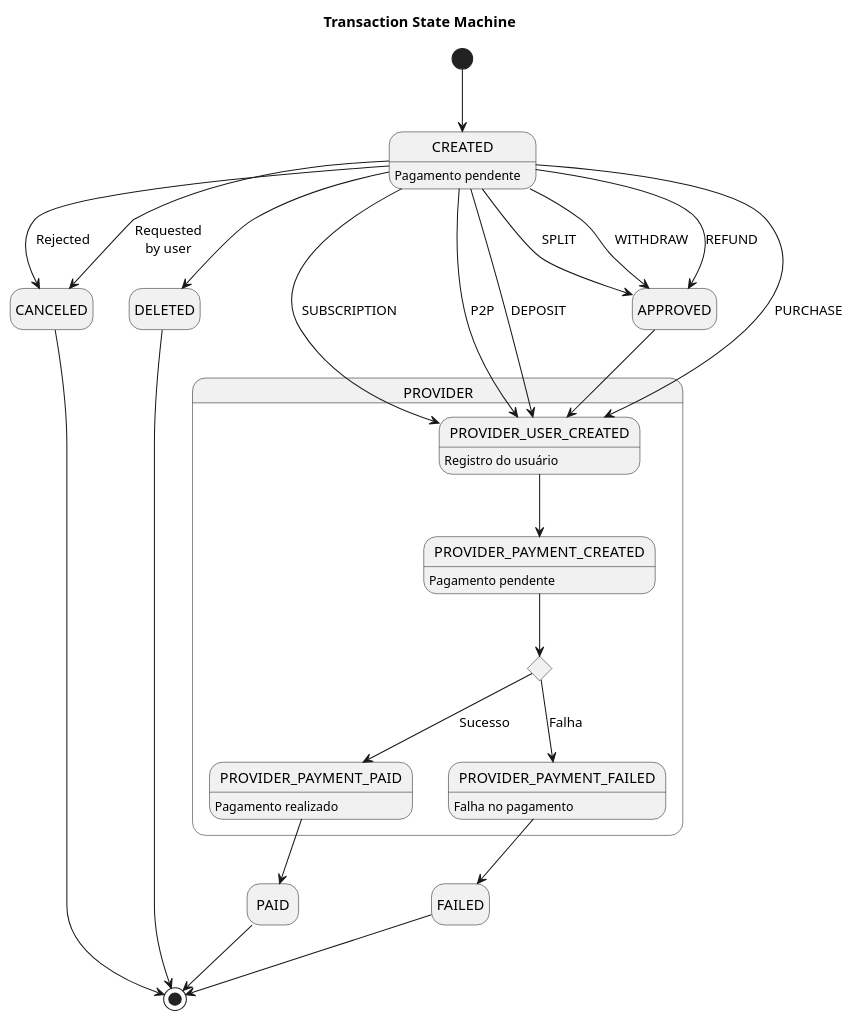
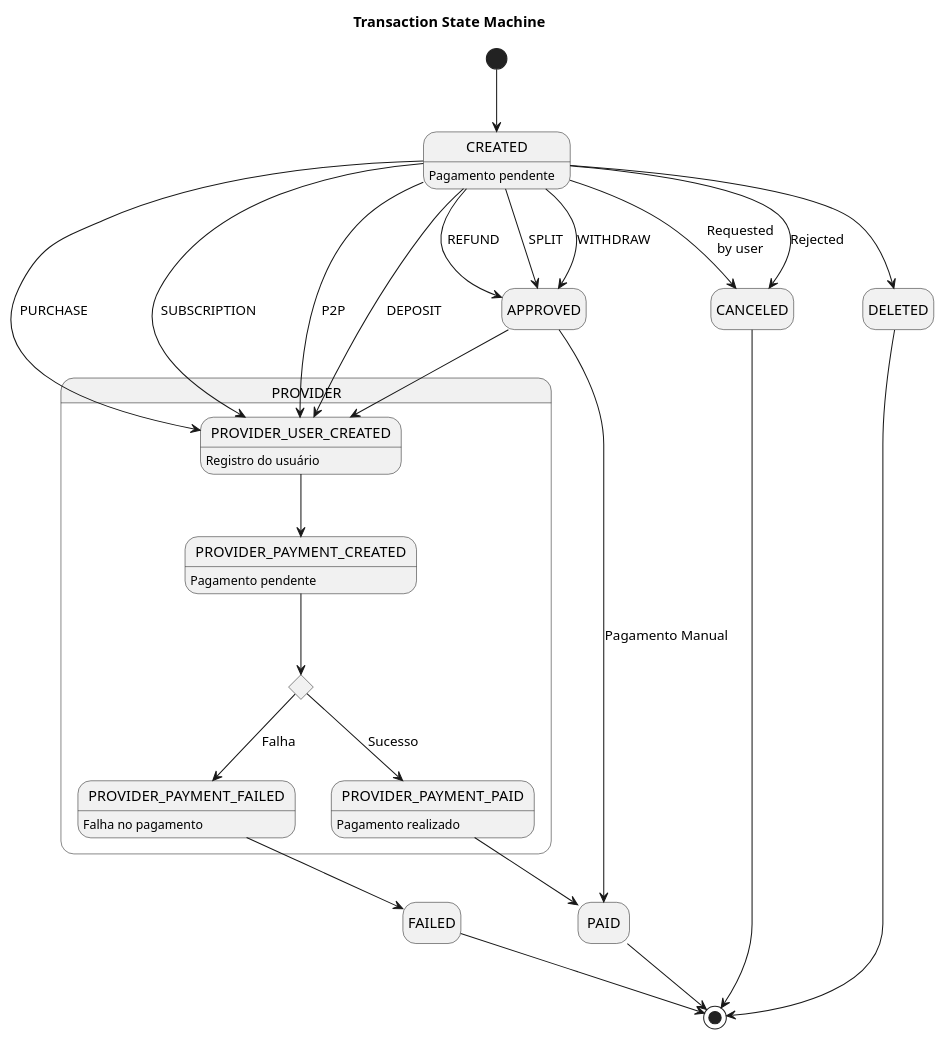
The diagram in src/fsm/docs/transaction.fsm.wsd (holding-fpass/base-sdk), drawn with PlantUML before and after one commit. The commit also changed 4 other files, not shown here.

```diff
--- a/src/fsm/docs/transaction.fsm.wsd
+++ b/src/fsm/docs/transaction.fsm.wsd
@@ -1,36 +1,37 @@
 @startuml Transaction State Machine
 title Transaction State Machine
 hide empty description
 
 [*] --> CREATED
 CREATED: Pagamento pendente
 CREATED --> APPROVED: REFUND
 CREATED --> APPROVED: SPLIT
 CREATED --> APPROVED: WITHDRAW
 State PROVIDER {
   CREATED --> PROVIDER_USER_CREATED: PURCHASE
   CREATED --> PROVIDER_USER_CREATED: SUBSCRIPTION
   CREATED --> PROVIDER_USER_CREATED: P2P
   CREATED --> PROVIDER_USER_CREATED: DEPOSIT
   APPROVED --> PROVIDER_USER_CREATED
   PROVIDER_USER_CREATED: Registro do usuário
   PROVIDER_USER_CREATED --> PROVIDER_PAYMENT_CREATED
   PROVIDER_PAYMENT_CREATED: Pagamento pendente
   state PROVIDER_PAYMENT_PROCESS <<choice>>
   PROVIDER_PAYMENT_CREATED --> PROVIDER_PAYMENT_PROCESS
   PROVIDER_PAYMENT_PROCESS --> PROVIDER_PAYMENT_PAID: Sucesso
   PROVIDER_PAYMENT_PAID: Pagamento realizado
   PROVIDER_PAYMENT_PROCESS --> PROVIDER_PAYMENT_FAILED: Falha
   PROVIDER_PAYMENT_FAILED: Falha no pagamento
 }
+APPROVED --> PAID: Pagamento Manual
 PROVIDER_PAYMENT_PAID --> PAID
 PAID --> [*]
 PROVIDER_PAYMENT_FAILED --> FAILED
 FAILED --> [*]
 CREATED --> CANCELED: Requested\nby user
 CREATED --> CANCELED: Rejected
 CANCELED --> [*]
 CREATED --> DELETED
 DELETED --> [*]
 
 @enduml
```
